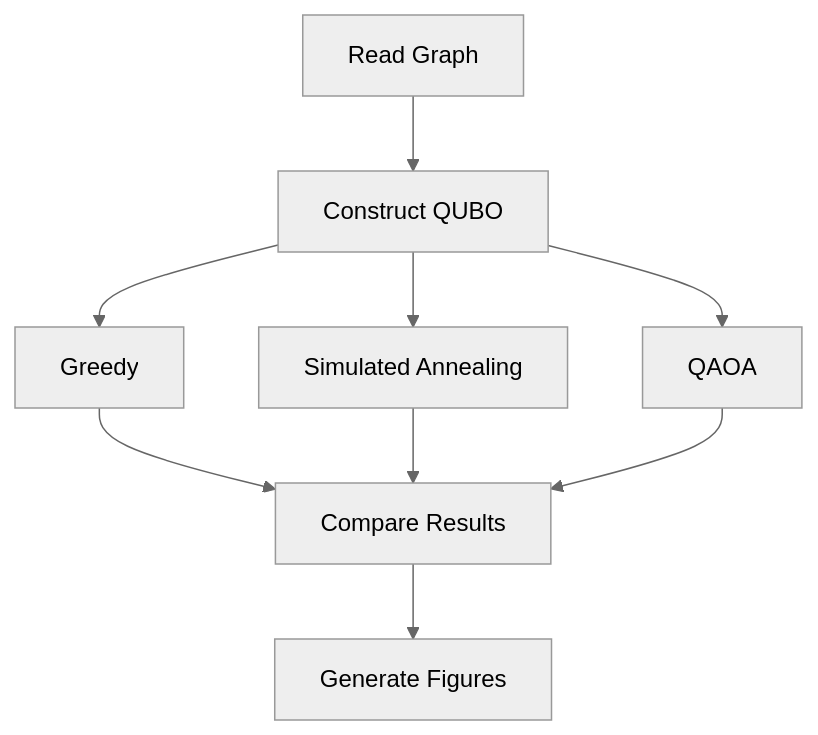
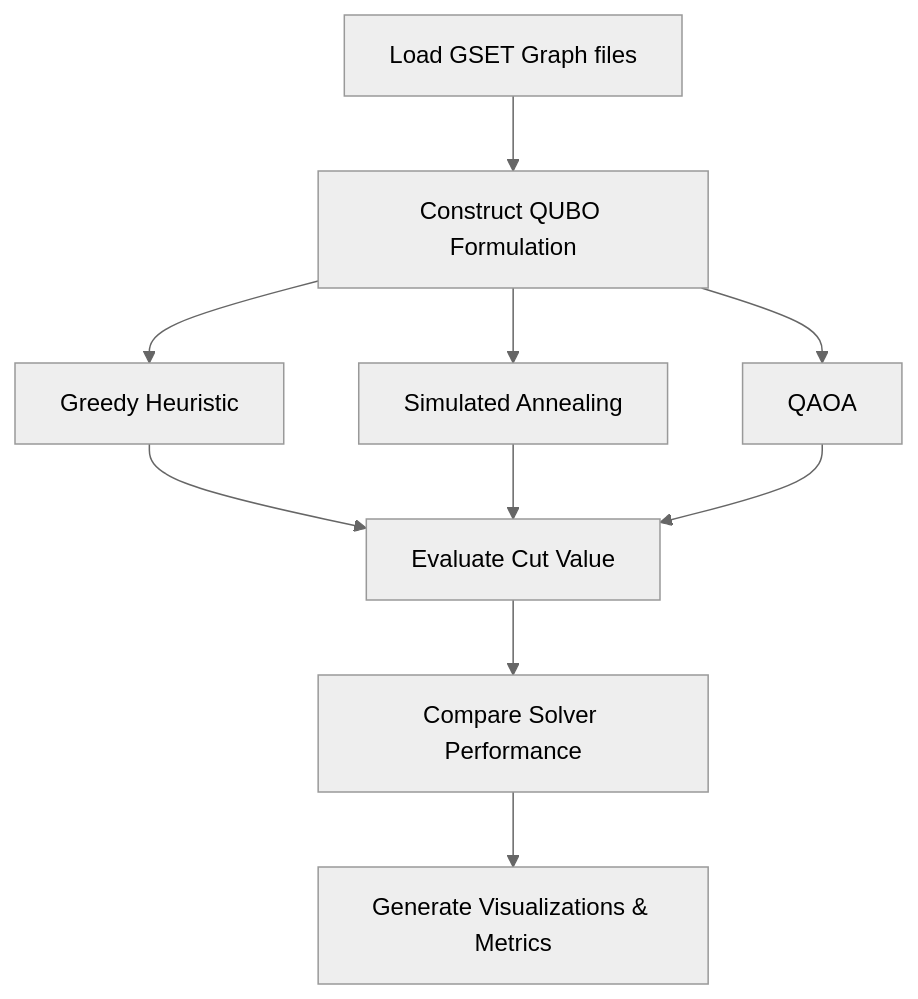
The second of 3 diagrams in README.md (Prashik123/Qaig_optimization_screening), drawn with Mermaid (neutral theme) before and after one commit. The commit also changed other lines of this file, not shown here.

````diff
--- a/README.md
+++ b/README.md
@@ -106,20 +151,19 @@
 ```mermaid
 flowchart TD
 
-A[Read Graph]
-B[Construct QUBO]
-C[Greedy]
-E[Simulated Annealing]
-F[QAOA]
-G[Compare Results]
-H[Generate Figures]
+A[Load GSET Graph files]
 
-A-->B
-B-->C
-B-->E
-B-->F
-C-->G
-E-->G
-F-->G
-G-->H
+A --> B[Construct QUBO Formulation]
+
+B --> C1[Greedy Heuristic]
+B --> C2[Simulated Annealing]
+B --> C3[QAOA]
+
+C1 --> D[Evaluate Cut Value]
+C2 --> D
+C3 --> D
+
+D --> E[Compare Solver Performance]
+
+E --> F[Generate Visualizations & Metrics]
 ```
````
